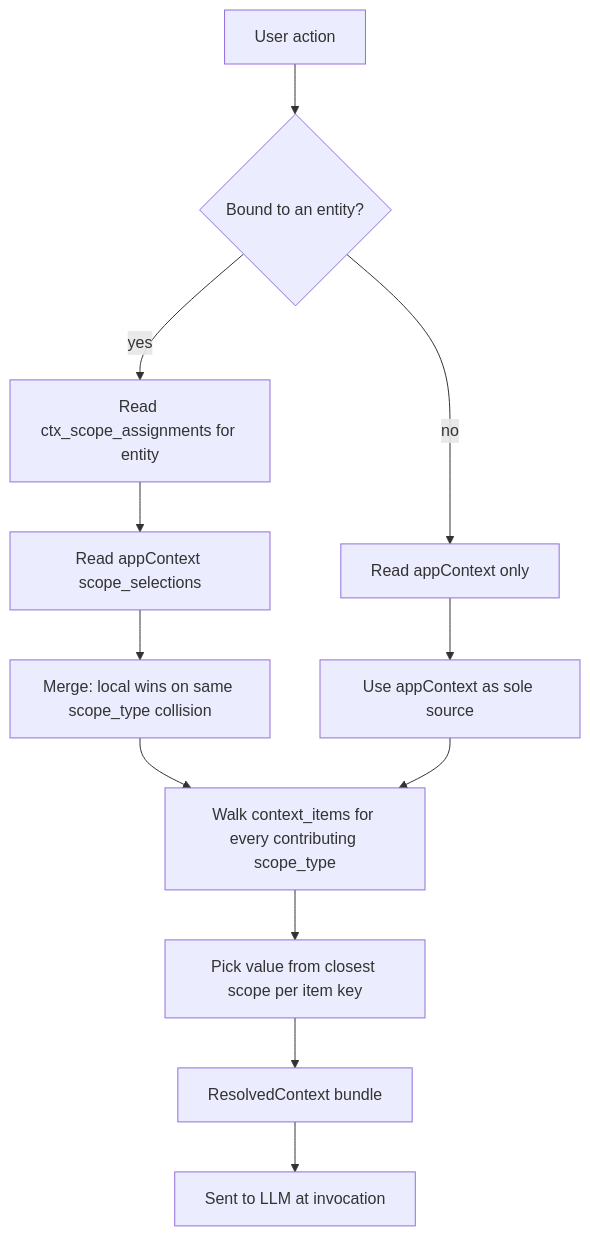
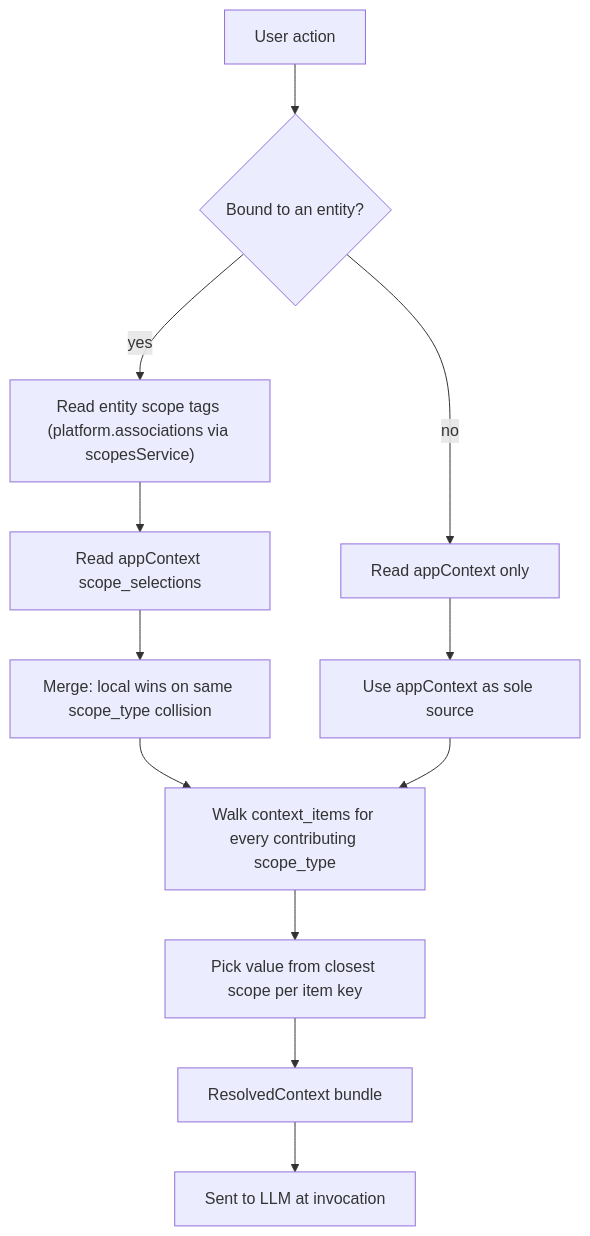
One commit to armanisadeghi/ai-matrx changed the diagram in features/scopes/FEATURE.md. Above: the diagram before and after it, drawn with Mermaid. The commit also changed other lines of this file and 7 other files, not shown here.

````diff
--- a/features/scopes/FEATURE.md
+++ b/features/scopes/FEATURE.md
@@ -331,15 +331,15 @@
 ```mermaid
 flowchart TD
   Trigger["User action"]
   Trigger --> Q1{"Bound to an entity?"}
-  Q1 -- "yes" --> Local["Read ctx_scope_assignments for entity"]
+  Q1 -- "yes" --> Local["Read entity scope tags (platform.associations via scopesService)"]
   Q1 -- "no" --> GlobalOnly["Read appContext only"]
   Local --> Global["Read appContext scope_selections"]
   Global --> Merge["Merge: local wins on same scope_type collision"]
   GlobalOnly --> Merge2["Use appContext as sole source"]
   Merge --> Items["Walk context_items for every contributing scope_type"]
   Merge2 --> Items
   Items --> Values["Pick value from closest scope per item key"]
   Values --> Bundle["ResolvedContext bundle"]
   Bundle --> LLM["Sent to LLM at invocation"]
 ```
````
